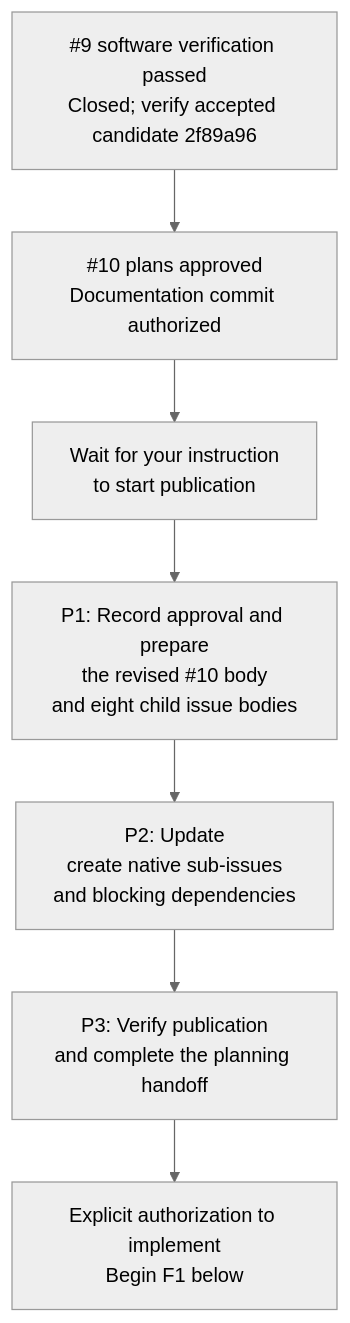
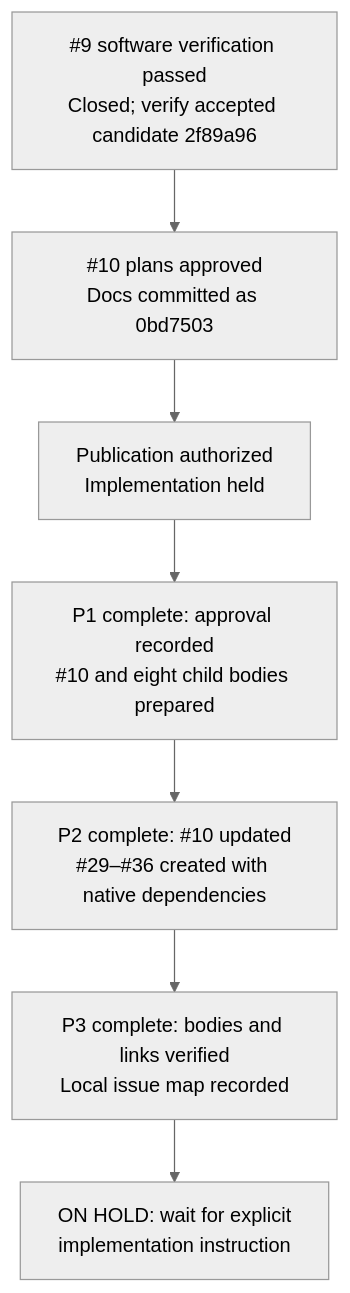
The second of 3 diagrams in docs/diagrams/issue-10-implementation-tasks.md (noelorph/diy-instax-photobooth), drawn with Mermaid (neutral theme) before and after one commit. The commit also changed other lines of this file and 26 other files, not shown here.

Commit message:
docs: record issue 10 publication and subissue dependencies

````diff
--- a/docs/diagrams/issue-10-implementation-tasks.md
+++ b/docs/diagrams/issue-10-implementation-tasks.md
@@ -24,11 +24,11 @@
 ```mermaid
 flowchart TD
   NINE["#9 software verification passed<br/>Closed; verify accepted candidate 2f89a96"]
-  APPROVAL["#10 plans approved<br/>Documentation commit authorized"]
-  P1["P1: Record approval and prepare<br/>the revised #10 body<br/>and eight child issue bodies"]
-  P2["P2: Update #10; create native sub-issues<br/>and blocking dependencies"]
-  P3["P3: Verify publication<br/>and complete the planning handoff"]
-  AUTH["Explicit authorization to implement<br/>Begin F1 below"]
-  HOLD["Wait for your instruction<br/>to start publication"]
-  NINE --> APPROVAL --> HOLD --> P1 --> P2 --> P3 --> AUTH
+  APPROVAL["#10 plans approved<br/>Docs committed as 0bd7503"]
+  P1["P1 complete: approval recorded<br/>#10 and eight child bodies prepared"]
+  P2["P2 complete: #10 updated<br/>#29–#36 created with native dependencies"]
+  P3["P3 complete: bodies and links verified<br/>Local issue map recorded"]
+  AUTH["ON HOLD: wait for explicit<br/>implementation instruction"]
+  PUBLISH["Publication authorized<br/>Implementation held"]
+  NINE --> APPROVAL --> PUBLISH --> P1 --> P2 --> P3 --> AUTH
 ```
````
